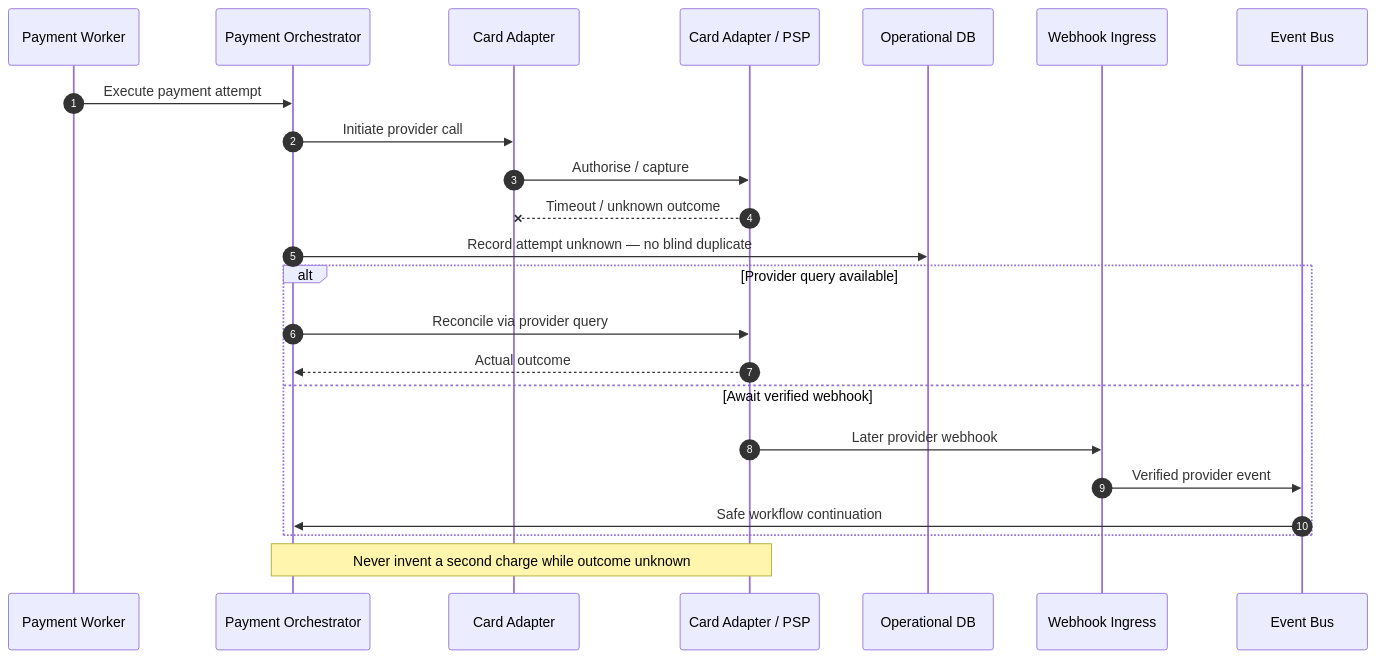
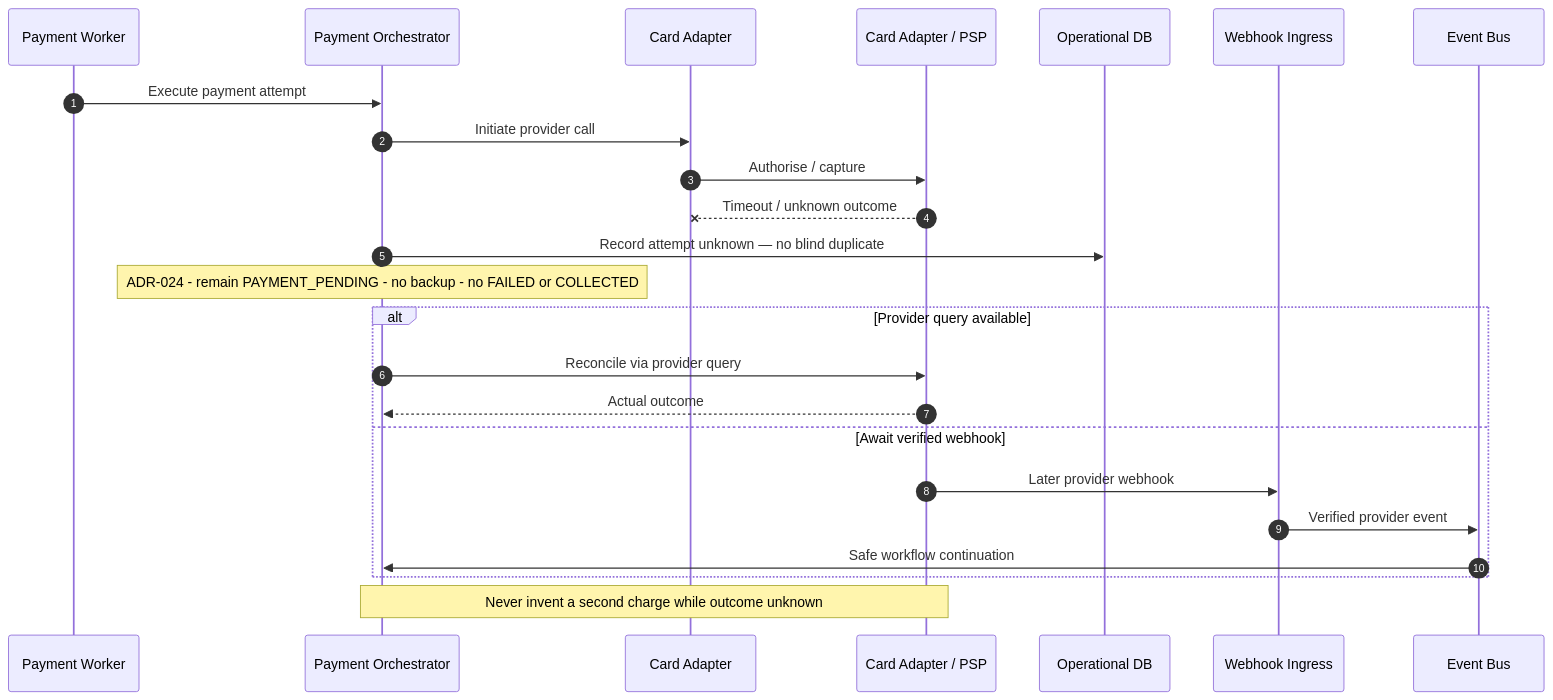
Before and after one commit to MR0808/sparelane-architecture: the diagram in docs/design/operations/payment-provider-timeout.md, drawn with Mermaid. The commit also changed other lines of this file and 40 other files, not shown here.

Commit message:
Accept ADR-025 payment retry timing and cutoff policy

````diff
--- a/docs/design/operations/payment-provider-timeout.md
+++ b/docs/design/operations/payment-provider-timeout.md
@@ -35,28 +36,29 @@
 ```mermaid
 sequenceDiagram
     autonumber
     participant W as Payment Worker
     participant Orch as Payment Orchestrator
     participant Card as Card Adapter
     participant PSP as Card Adapter / PSP
     participant ODB as Operational DB
     participant WH as Webhook Ingress
     participant Bus as Event Bus
 
     W->>Orch: Execute payment attempt
     Orch->>Card: Initiate provider call
     Card->>PSP: Authorise / capture
     PSP--xCard: Timeout / unknown outcome
     Orch->>ODB: Record attempt unknown — no blind duplicate
+    Note over Orch: ADR-024 - remain PAYMENT_PENDING - no backup - no FAILED or COLLECTED
 
     alt Provider query available
         Orch->>PSP: Reconcile via provider query
         PSP-->>Orch: Actual outcome
     else Await verified webhook
         PSP->>WH: Later provider webhook
         WH->>Bus: Verified provider event
         Bus->>Orch: Safe workflow continuation
     end
 
     Note over Orch,PSP: Never invent a second charge while outcome unknown
 ```
````
